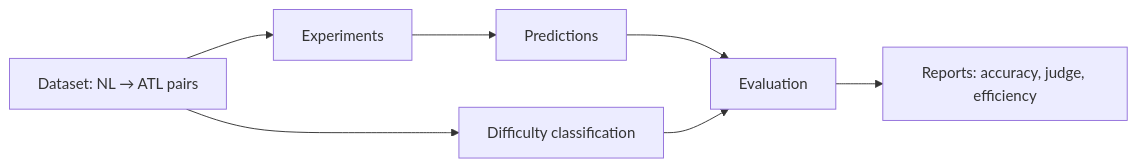
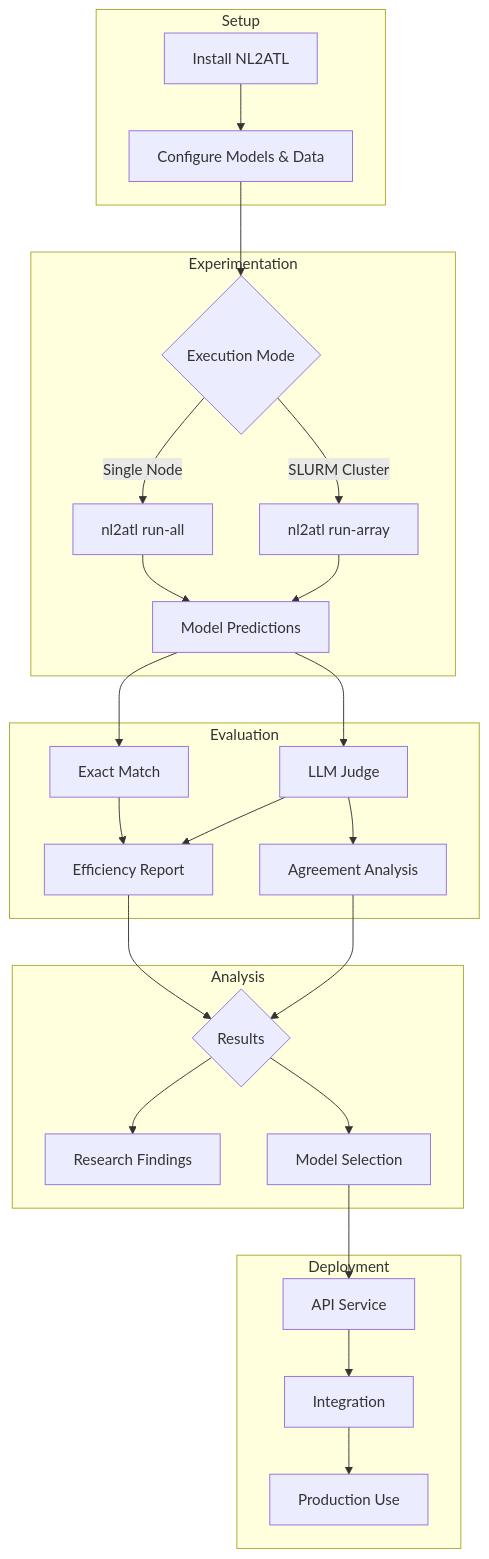
The diagram in docs/index.md (vladanaSTM/nl2atl), drawn with Mermaid before and after one commit. The commit also changed other lines of this file and 10 other files, not shown here.

````diff
--- a/docs/index.md
+++ b/docs/index.md
@@ -30,9 +100,35 @@
 ```mermaid
-flowchart LR
-  A[Dataset: NL → ATL pairs] --> B[Experiments]
-   B --> C[Predictions]
-  C --> D[Evaluation]
-  D --> E[Reports: accuracy, judge, efficiency]
-   A --> F[Difficulty classification]
-   F --> D
+flowchart TB
+    subgraph Setup
+        A[Install NL2ATL] --> B[Configure Models & Data]
+    end
+    
+    subgraph Experimentation
+        B --> C{Execution Mode}
+        C -->|Single Node| D[nl2atl run-all]
+        C -->|SLURM Cluster| E[nl2atl run-array]
+        D --> F[Model Predictions]
+        E --> F
+    end
+    
+    subgraph Evaluation
+        F --> G[Exact Match]
+        F --> H[LLM Judge]
+        H --> I[Agreement Analysis]
+        G --> J[Efficiency Report]
+        H --> J
+    end
+    
+    subgraph Analysis
+        J --> K{Results}
+        I --> K
+        K --> L[Research Findings]
+        K --> M[Model Selection]
+    end
+    
+    subgraph Deployment
+        M --> N[API Service]
+        N --> O[Integration]
+        O --> P[Production Use]
+    end
 ```
````
